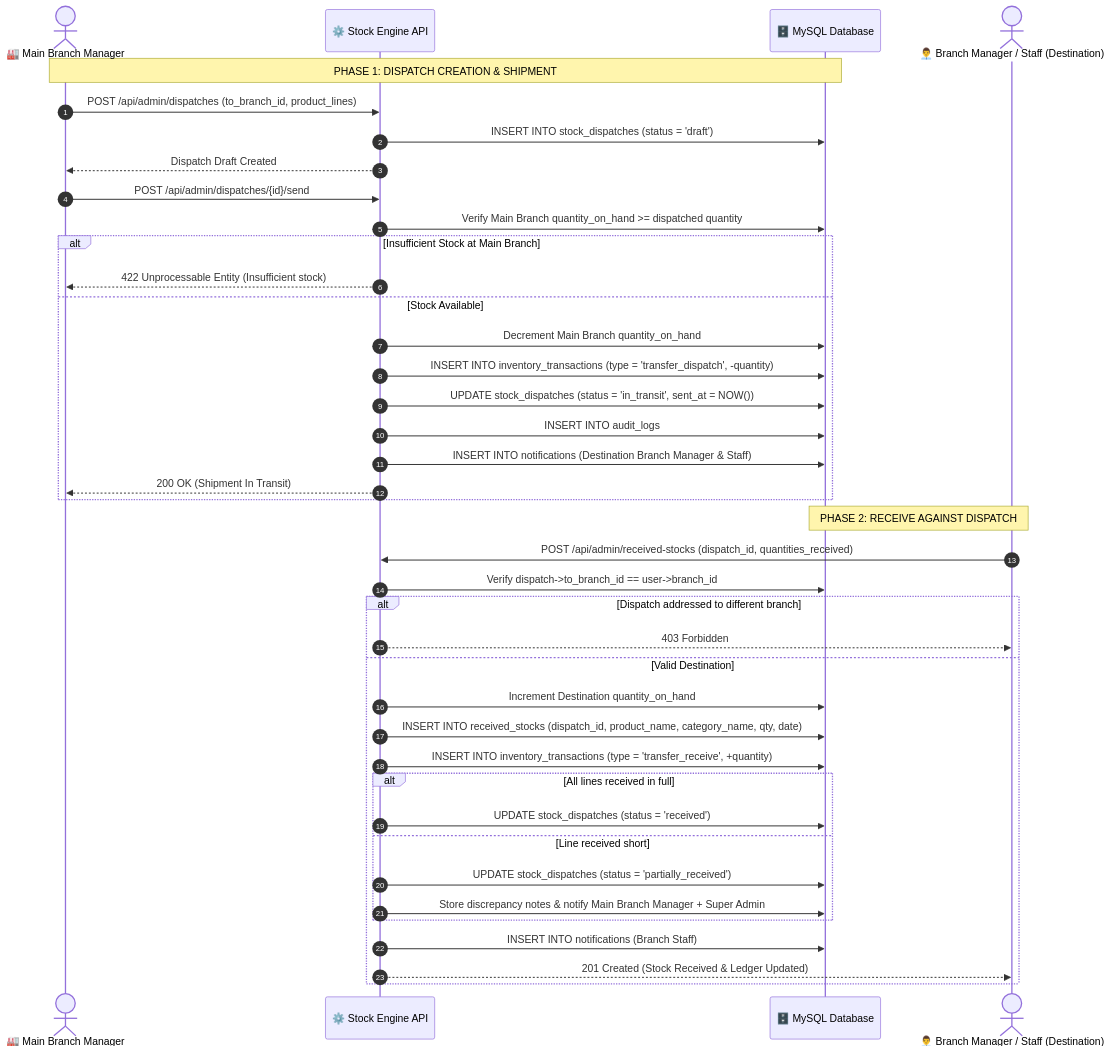
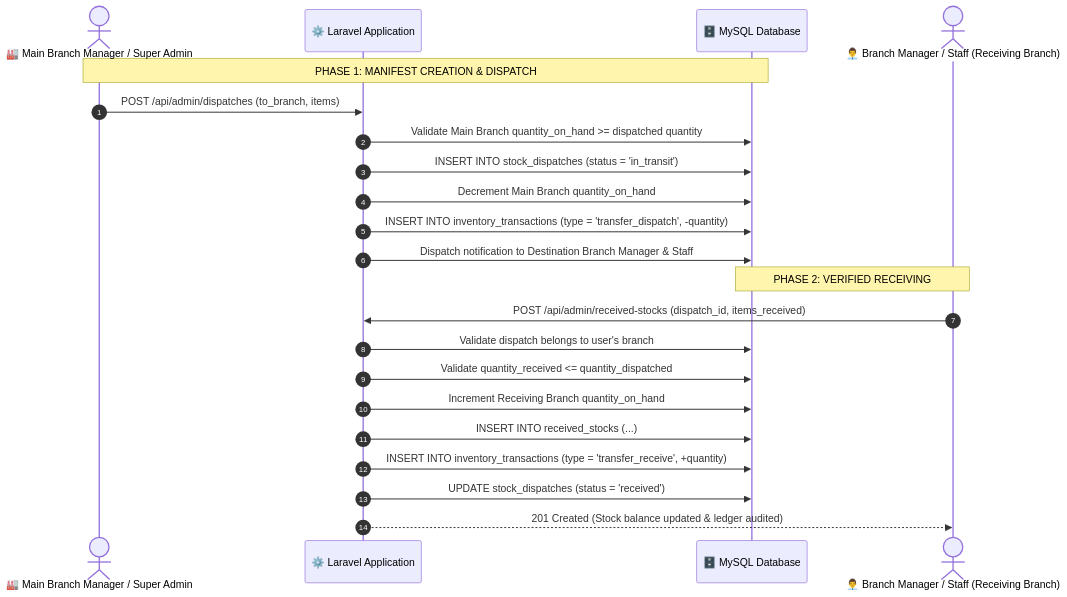
Before and after one commit to niga-star/Kenean-Cake-and-bread-: the seventh of 10 diagrams in SYSTEM_DOCUMENTATION.md, drawn with Mermaid. The commit also changed other lines of this file and 15 other files, not shown here.

````diff
--- a/SYSTEM_DOCUMENTATION.md
+++ b/SYSTEM_DOCUMENTATION.md
@@ -179,45 +563,26 @@
 ```mermaid
 sequenceDiagram
     autonumber
-    actor MainMgr as 🏭 Main Branch Manager
-    participant API as ⚙️ Stock Engine API
+    actor MainMgr as 🏭 Main Branch Manager / Super Admin
+    participant Server as ⚙️ Laravel Application
     participant DB as 🗄️ MySQL Database
-    actor DestStaff as 👨‍💼 Branch Manager / Staff (Destination)
+    actor DestStaff as 👨‍💼 Branch Manager / Staff (Receiving Branch)
 
-    Note over MainMgr,DB: PHASE 1: DISPATCH CREATION & SHIPMENT
-    MainMgr->>API: POST /api/admin/dispatches (to_branch_id, product_lines)
-    API->>DB: INSERT INTO stock_dispatches (status = 'draft')
-    API-->>MainMgr: Dispatch Draft Created
+    Note over MainMgr,DB: PHASE 1: MANIFEST CREATION & DISPATCH
+    MainMgr->>Server: POST /api/admin/dispatches (to_branch, items)
+    Server->>DB: Validate Main Branch quantity_on_hand >= dispatched quantity
+    Server->>DB: INSERT INTO stock_dispatches (status = 'in_transit')
+    Server->>DB: Decrement Main Branch quantity_on_hand
+    Server->>DB: INSERT INTO inventory_transactions (type = 'transfer_dispatch', -quantity)
+    Server->>DB: Dispatch notification to Destination Branch Manager & Staff
 
-    MainMgr->>API: POST /api/admin/dispatches/{id}/send
-    API->>DB: Verify Main Branch quantity_on_hand >= dispatched quantity
-    alt Insufficient Stock at Main Branch
-        API-->>MainMgr: 422 Unprocessable Entity (Insufficient stock)
-    else Stock Available
-        API->>DB: Decrement Main Branch quantity_on_hand
-        API->>DB: INSERT INTO inventory_transactions (type = 'transfer_dispatch', -quantity)
-        API->>DB: UPDATE stock_dispatches (status = 'in_transit', sent_at = NOW())
-        API->>DB: INSERT INTO audit_logs
-        API->>DB: INSERT INTO notifications (Destination Branch Manager & Staff)
-        API-->>MainMgr: 200 OK (Shipment In Transit)
-    end
-
-    Note over DestStaff,DB: PHASE 2: RECEIVE AGAINST DISPATCH
-    DestStaff->>API: POST /api/admin/received-stocks (dispatch_id, quantities_received)
-    API->>DB: Verify dispatch->to_branch_id == user->branch_id
-    alt Dispatch addressed to different branch
-        API-->>DestStaff: 403 Forbidden
-    else Valid Destination
-        API->>DB: Increment Destination quantity_on_hand
-        API->>DB: INSERT INTO received_stocks (dispatch_id, product_name, category_name, qty, date)
-        API->>DB: INSERT INTO inventory_transactions (type = 'transfer_receive', +quantity)
-        alt All lines received in full
-            API->>DB: UPDATE stock_dispatches (status = 'received')
-        else Line received short
-            API->>DB: UPDATE stock_dispatches (status = 'partially_received')
-            API->>DB: Store discrepancy notes & notify Main Branch Manager + Super Admin
-        end
-        API->>DB: INSERT INTO notifications (Branch Staff)
-        API-->>DestStaff: 201 Created (Stock Received & Ledger Updated)
-    end
+    Note over DestStaff,DB: PHASE 2: VERIFIED RECEIVING
+    DestStaff->>Server: POST /api/admin/received-stocks (dispatch_id, items_received)
+    Server->>DB: Validate dispatch belongs to user's branch
+    Server->>DB: Validate quantity_received <= quantity_dispatched
+    Server->>DB: Increment Receiving Branch quantity_on_hand
+    Server->>DB: INSERT INTO received_stocks (...)
+    Server->>DB: INSERT INTO inventory_transactions (type = 'transfer_receive', +quantity)
+    Server->>DB: UPDATE stock_dispatches (status = 'received')
+    Server-->>DestStaff: 201 Created (Stock balance updated & ledger audited)
 ```
````
